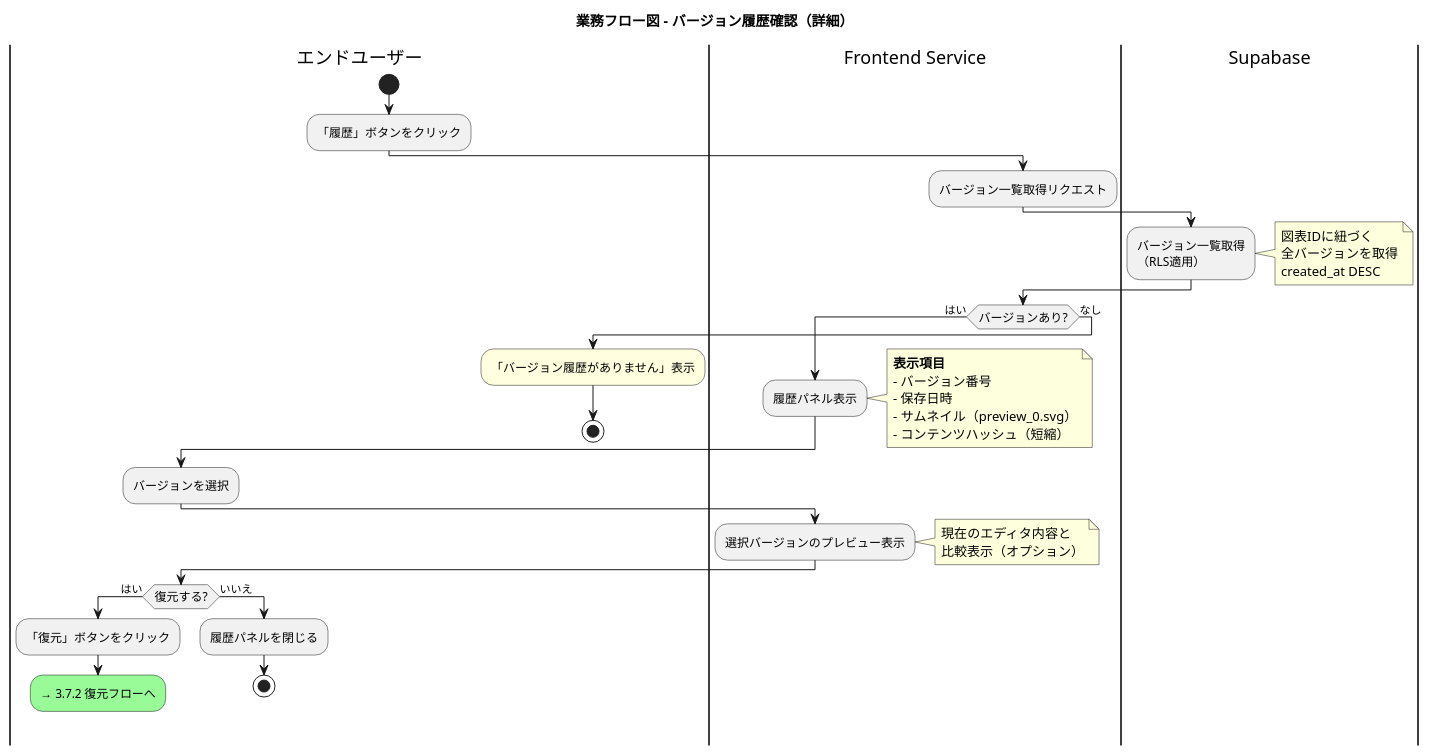
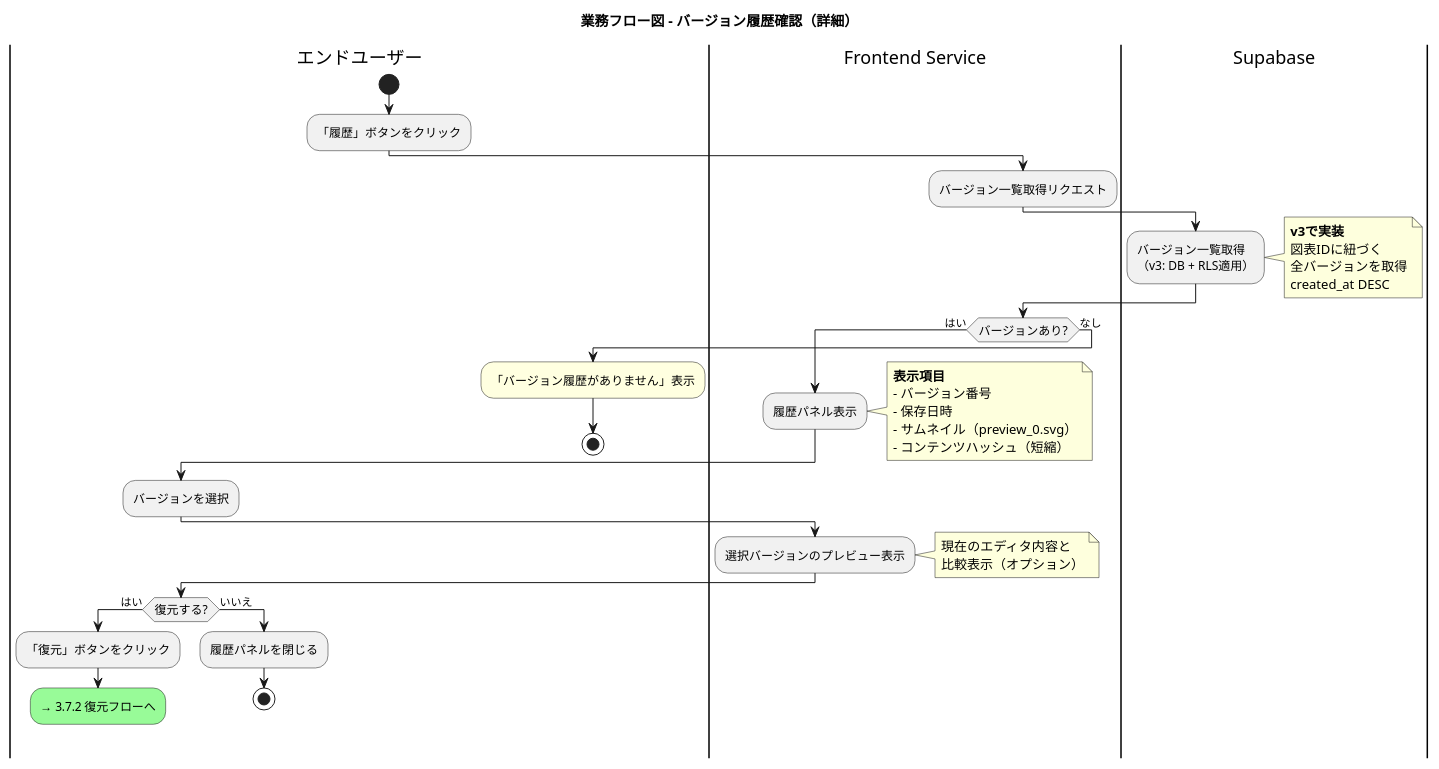
One commit to yoshiwo3/PlantUML2_Opus4.5 changed diagram 17 of 19 in docs/proposals/PlantUML_Studio_業務フロー図_20251201.md. Above: the diagram before and after it, drawn with PlantUML. The commit also changed other lines of this file and 14 other files, not shown here.

````diff
--- a/docs/proposals/PlantUML_Studio_業務フロー図_20251201.md
+++ b/docs/proposals/PlantUML_Studio_業務フロー図_20251201.md
@@ -1582,59 +1565,60 @@
 ```plantuml
 @startuml business_flow_version_history
 skinparam ActivityFontSize 12
 skinparam ConditionEndStyle hline
 
 title 業務フロー図 - バージョン履歴確認（詳細）
 
 |エンドユーザー|
 start
 :「履歴」ボタンをクリック;
 
 |Frontend Service|
 :バージョン一覧取得リクエスト;
 
 |Supabase|
-:バージョン一覧取得\n（RLS適用）;
+:バージョン一覧取得\n（v3: DB + RLS適用）;
 note right
+  **v3で実装**
   図表IDに紐づく
   全バージョンを取得
   created_at DESC
 end note
 
 |Frontend Service|
 if (バージョンあり?) then (はい)
   :履歴パネル表示;
   note right
     **表示項目**
     - バージョン番号
     - 保存日時
     - サムネイル（preview_0.svg）
     - コンテンツハッシュ（短縮）
   end note
 
   |エンドユーザー|
   :バージョンを選択;
 
   |Frontend Service|
   :選択バージョンのプレビュー表示;
   note right
     現在のエディタ内容と
     比較表示（オプション）
   end note
 
   |エンドユーザー|
   if (復元する?) then (はい)
     :「復元」ボタンをクリック;
     #palegreen:→ 3.7.2 復元フローへ;
     detach
   else (いいえ)
     :履歴パネルを閉じる;
     stop
   endif
 else (なし)
   #lightyellow:「バージョン履歴がありません」表示;
   stop
 endif
 
 @enduml
 ```
````
